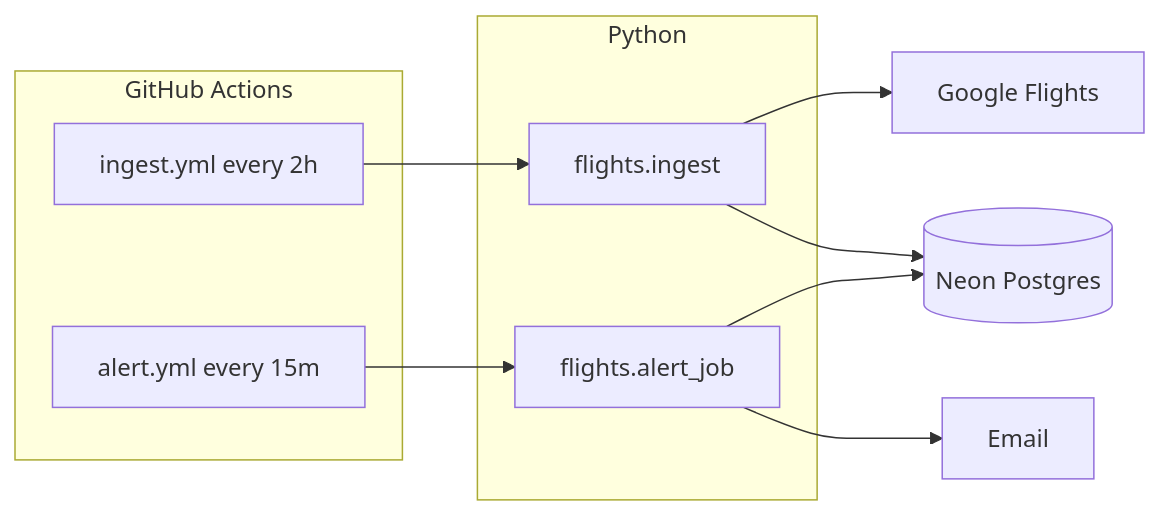
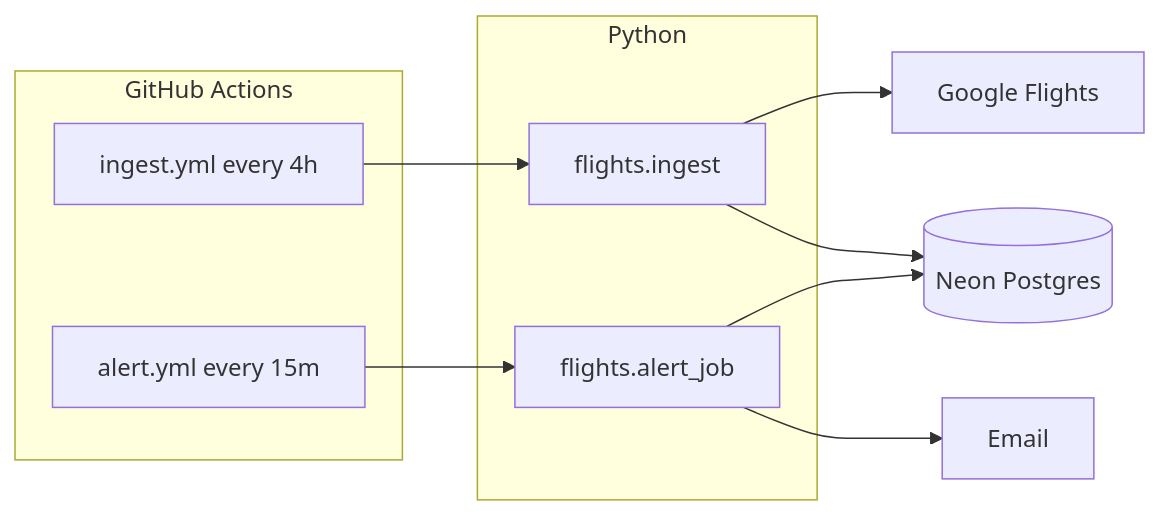
One commit to avishayal-source/my-flight-tracker changed the diagram in README.md. Above: the diagram before and after it, drawn with Mermaid. The commit also changed other lines of this file, not shown here.

Commit message:
Update README ingest schedule to every 4 hours

````diff
--- a/README.md
+++ b/README.md
@@ -7,21 +7,21 @@
 ```mermaid
 flowchart LR
   subgraph gha [GitHub Actions]
-    W1[ingest.yml every 2h]
+    W1[ingest.yml every 4h]
     W2[alert.yml every 15m]
   end
   subgraph app [Python]
     I[flights.ingest]
     A[flights.alert_job]
   end
   DB[(Neon Postgres)]
   GF[Google Flights]
   EM[Email]
 
   W1 --> I
   W2 --> A
   I --> GF
   I --> DB
   A --> DB
   A --> EM
 ```
````
